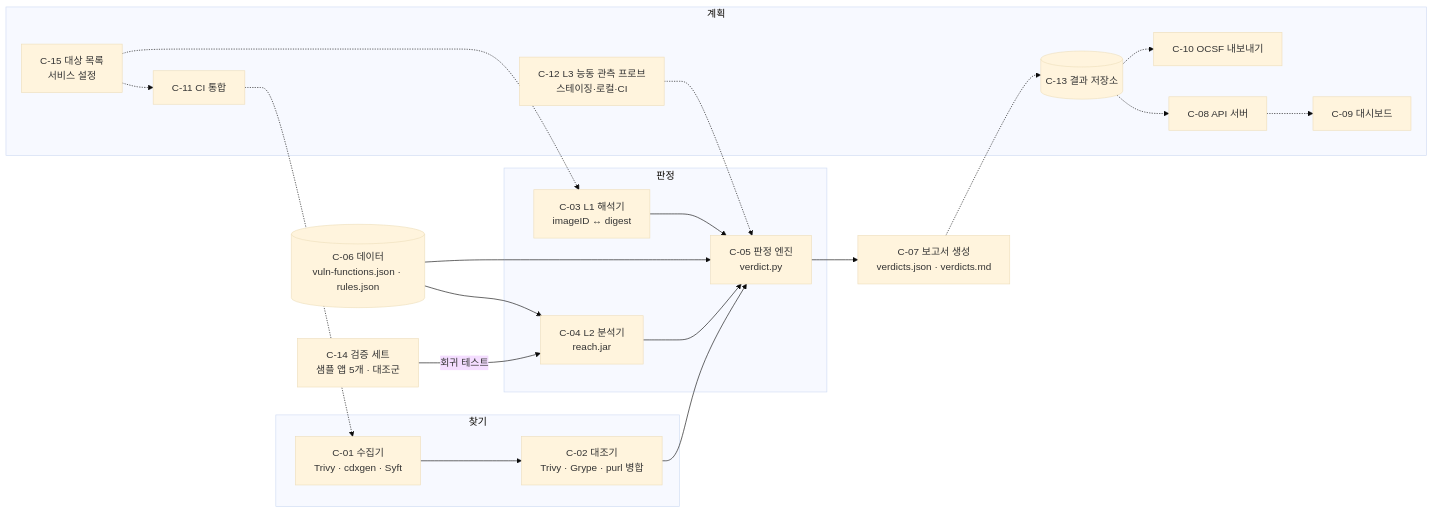
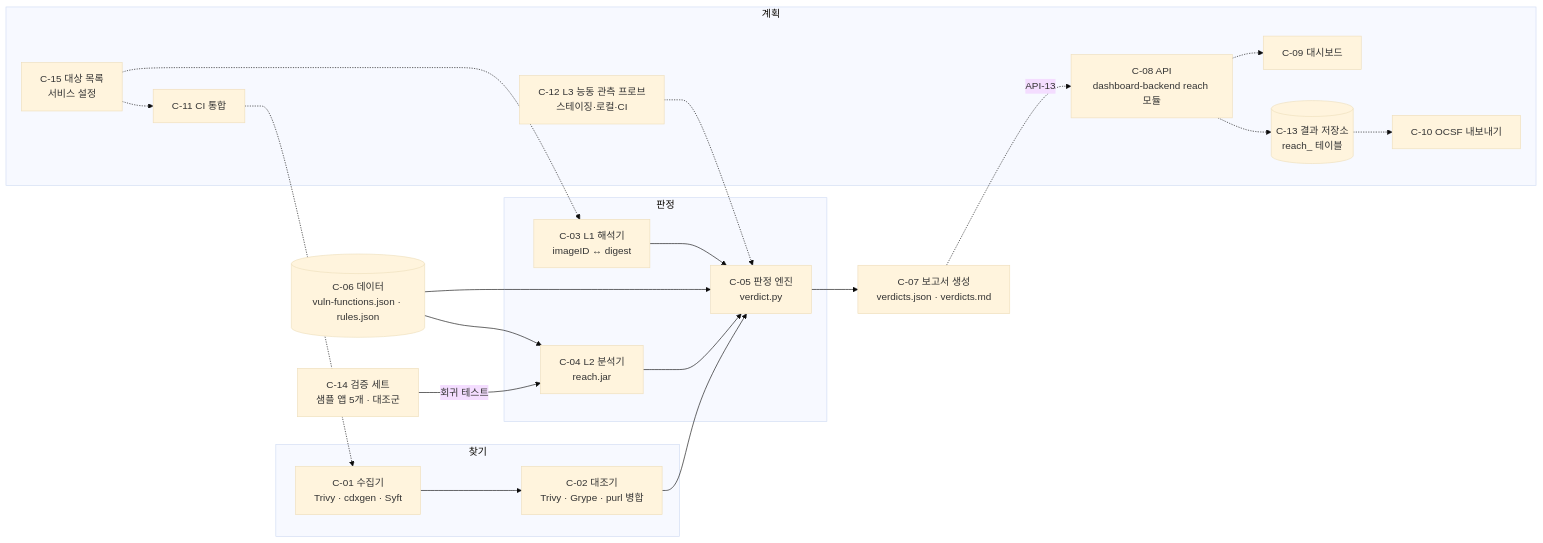
Before and after one commit to Logssey/security-solution-docs: the second of 6 diagrams in reachability-analysis/03-architecture/ARD.md, drawn with Mermaid (base theme). The commit also changed other lines of this file and 3 other files, not shown here.

Commit message:
docs(reach): place Reach API in dashboard-backend reach module (AD-18)

````diff
--- a/reachability-analysis/03-architecture/ARD.md
+++ b/reachability-analysis/03-architecture/ARD.md
@@ -208,38 +209,38 @@
 ```mermaid
 flowchart LR
   subgraph FIND["찾기"]
     C01["C-01 수집기<br>Trivy · cdxgen · Syft"]
     C02["C-02 대조기<br>Trivy · Grype · purl 병합"]
   end
   subgraph JUDGE["판정"]
     C03["C-03 L1 해석기<br>imageID ↔ digest"]
     C04["C-04 L2 분석기<br>reach.jar"]
     C05["C-05 판정 엔진<br>verdict.py"]
   end
   C06[("C-06 데이터<br>vuln-functions.json · rules.json")]
   C07["C-07 보고서 생성<br>verdicts.json · verdicts.md"]
   C14["C-14 검증 세트<br>샘플 앱 5개 · 대조군"]
   subgraph PLAN["계획"]
     C11["C-11 CI 통합"]
-    C13[("C-13 결과 저장소")]
-    C08["C-08 API 서버"]
+    C13[("C-13 결과 저장소<br>reach_ 테이블")]
+    C08["C-08 API<br>dashboard-backend reach 모듈"]
     C09["C-09 대시보드"]
     C10["C-10 OCSF 내보내기"]
     C12["C-12 L3 능동 관측 프로브<br>스테이징·로컬·CI"]
     C15["C-15 대상 목록<br>서비스 설정"]
   end
   C01 --> C02 --> C05
   C03 --> C05
   C06 --> C04
   C06 --> C05
   C04 --> C05 --> C07
   C14 -->|회귀 테스트| C04
   C11 -.-> C01
-  C07 -.-> C13
-  C13 -.-> C08
+  C07 -.->|API-13| C08
+  C08 -.-> C13
   C08 -.-> C09
   C13 -.-> C10
   C12 -.-> C05
   C15 -.-> C11
   C15 -.-> C03
 ```
````
